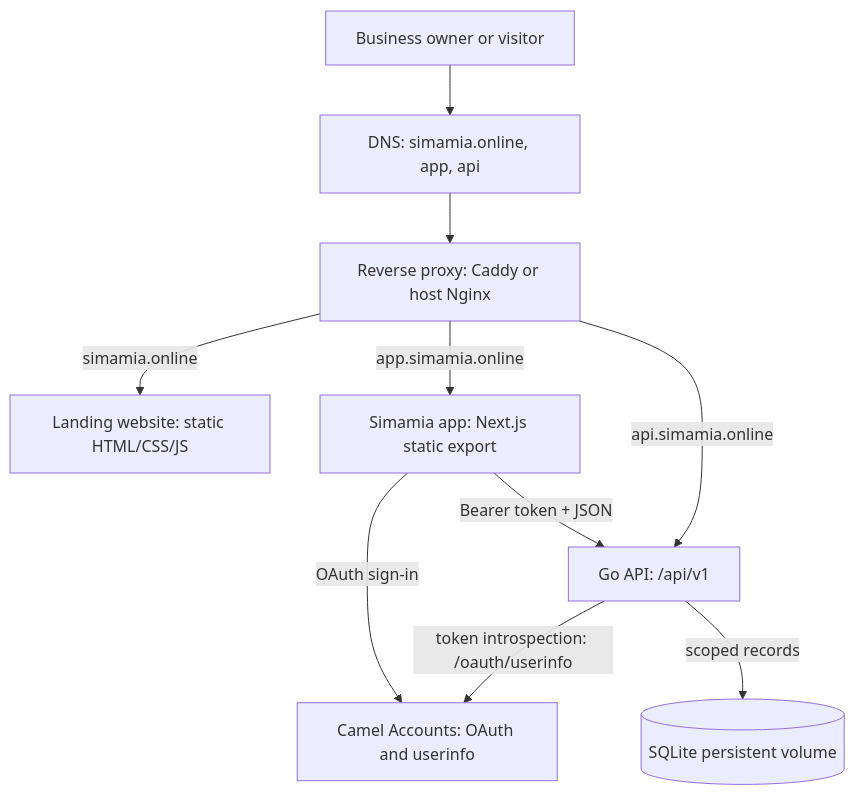
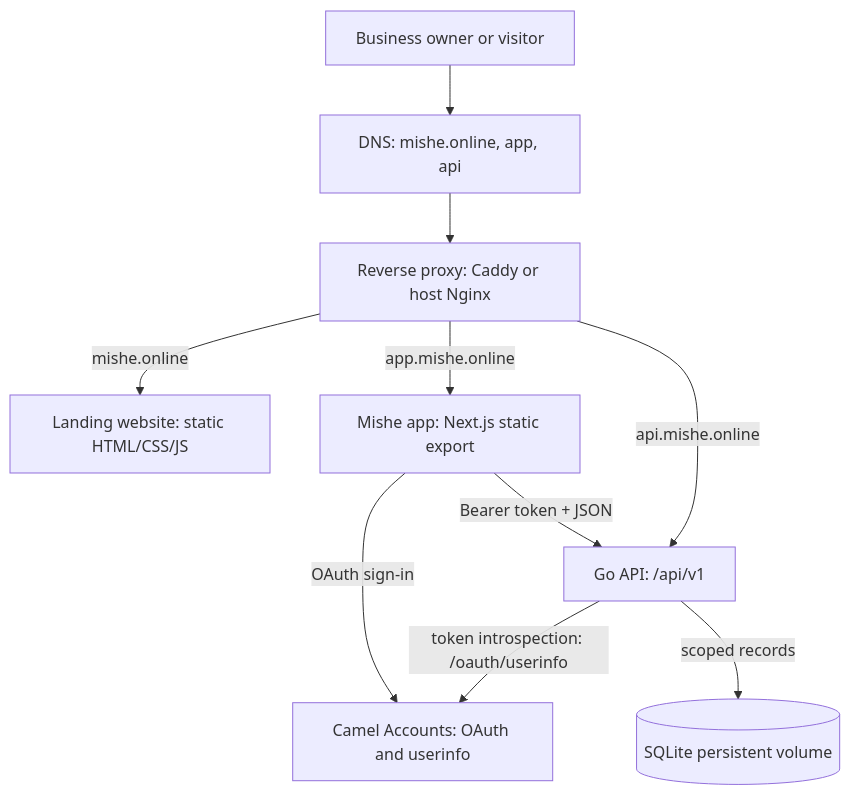
One commit to troubleman96/SIMAMIA-free changed the first of 3 diagrams in docs-site/app/architecture/page.mdx. Above: the diagram before and after it, drawn with Mermaid. The commit also changed other lines of this file and 33 other files, not shown here.

Commit message:
Update API, docs-site, landing, env and SVG assets to Mishe branding

````diff
--- a/docs-site/app/architecture/page.mdx
+++ b/docs-site/app/architecture/page.mdx
@@ -12,19 +12,19 @@
 ```mermaid
 flowchart TB
   Visitor[Business owner or visitor]
-  DNS[DNS: simamia.online, app, api]
+  DNS[DNS: mishe.online, app, api]
   Proxy[Reverse proxy: Caddy or host Nginx]
   Landing[Landing website: static HTML/CSS/JS]
-  App[Simamia app: Next.js static export]
+  App[Mishe app: Next.js static export]
   API[Go API: /api/v1]
   Accounts[Camel Accounts: OAuth and userinfo]
   DB[(SQLite persistent volume)]
   Visitor --> DNS --> Proxy
-  Proxy -->|simamia.online| Landing
-  Proxy -->|app.simamia.online| App
-  Proxy -->|api.simamia.online| API
+  Proxy -->|mishe.online| Landing
+  Proxy -->|app.mishe.online| App
+  Proxy -->|api.mishe.online| API
   App -->|OAuth sign-in| Accounts
   App -->|Bearer token + JSON| API
   API -->|token introspection: /oauth/userinfo| Accounts
   API -->|scoped records| DB
 ```
````
